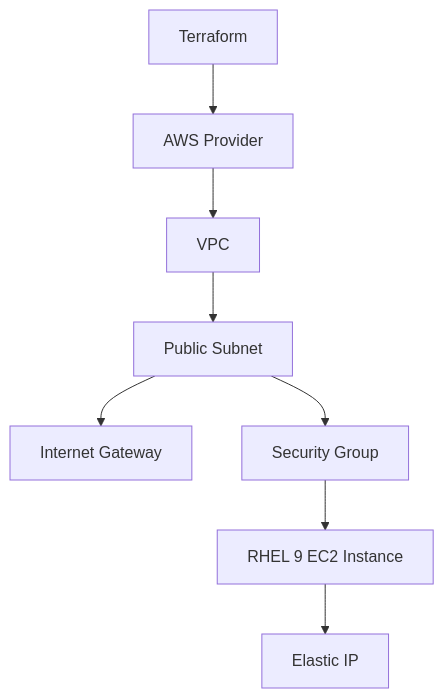
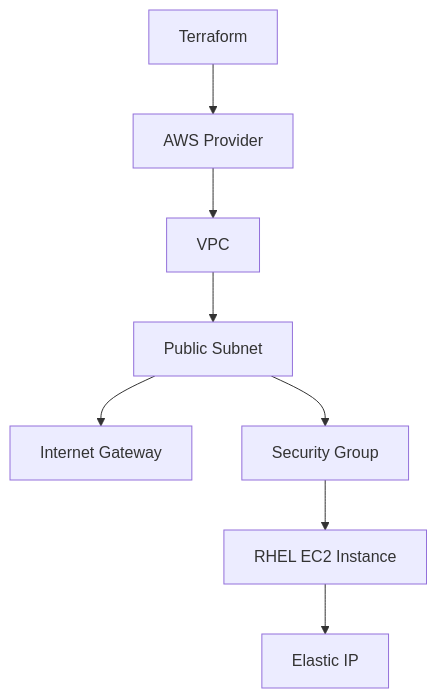
One commit to OneUptime/blog changed the diagram in posts/2026-03-04-provision-aws-ec2-rhel-9-terraform/README.md. Above: the diagram before and after it, drawn with Mermaid. The commit also changed other lines of this file and 4866 other files, not shown here.

````diff
--- a/posts/2026-03-04-provision-aws-ec2-rhel-9-terraform/README.md
+++ b/posts/2026-03-04-provision-aws-ec2-rhel-9-terraform/README.md
@@ -15,10 +15,10 @@
 ```mermaid
 graph TD
     A[Terraform] --> B[AWS Provider]
     B --> C[VPC]
     C --> D[Public Subnet]
     D --> E[Internet Gateway]
     D --> F[Security Group]
-    F --> G[RHEL 9 EC2 Instance]
+    F --> G[RHEL EC2 Instance]
     G --> H[Elastic IP]
 ```
````
